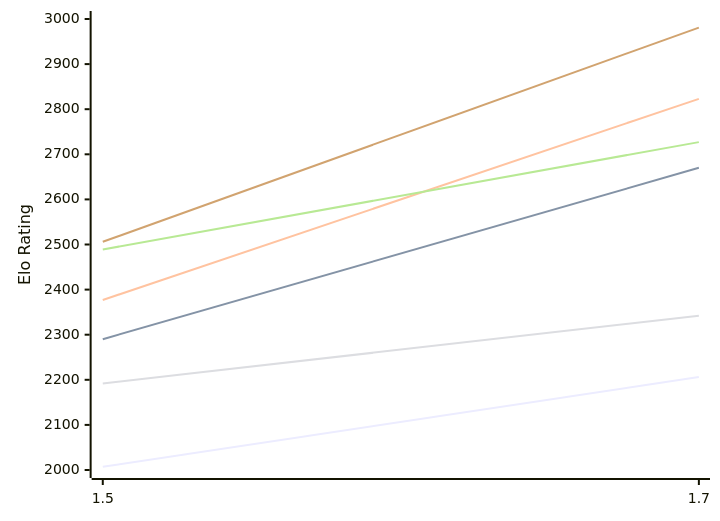
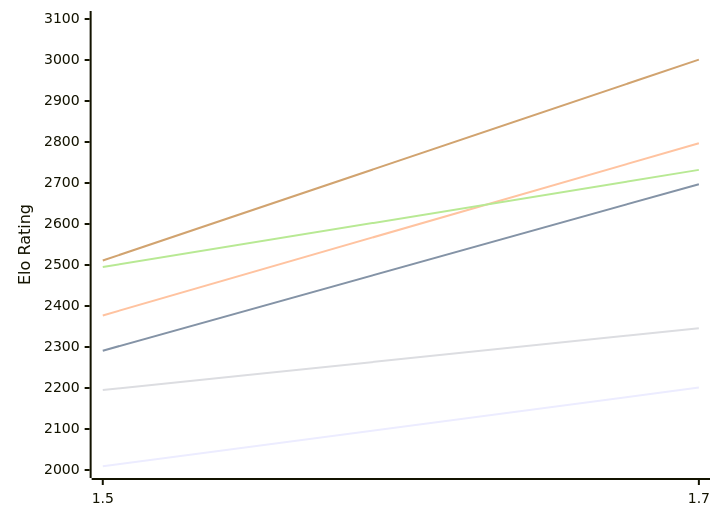
The first of 2 diagrams in engines/Facon.md (computer-chess-index/cci), drawn with Mermaid before and after one commit. The commit also changed other lines of this file, not shown here.

Commit message:
Update CCI Ratings (ELO VLTC) - 2026-10-11

````diff
--- a/engines/Facon.md
+++ b/engines/Facon.md
@@ -52,12 +52,12 @@
 ```mermaid
 %%{init: {"theme":"base","themeVariables":{"seriesColors:['#a3a3a3','#222221','#faa371']}}}%%
 xychart-beta
   x-axis ["1.5", "1.7"]
-  y-axis "Elo Rating" 2000 --> 3000
-  line "E1: STC (8.0+0.08s)" [2007, 2206]
-  line "E1: LTC (60.0+0.60s)" [2290, 2670]
-  line "E1: VLTC (2m24s+1.12s)" [2377, 2823]
-  line "P1: STC (8.0+0.08s)" [2192, 2342]
-  line "P1: LTC (60.0+0.60s)" [2489, 2727]
-  line "P1: VLTC (2m24s+1.12s)" [2506, 2981]
+  y-axis "Elo Rating" 2000 --> 3100
+  line "E1: STC (8.0+0.08s)" [2009, 2201]
+  line "E1: LTC (60.0+0.60s)" [2291, 2697]
+  line "E1: VLTC (2m24s+1.12s)" [2377, 2797]
+  line "P1: STC (8.0+0.08s)" [2195, 2346]
+  line "P1: LTC (60.0+0.60s)" [2495, 2732]
+  line "P1: VLTC (2m24s+1.12s)" [2511, 3001]
 ```
````
